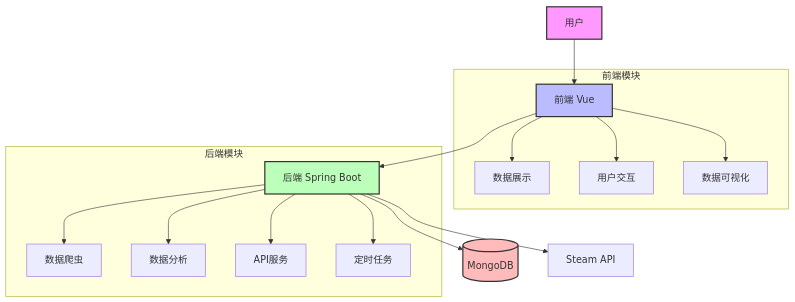
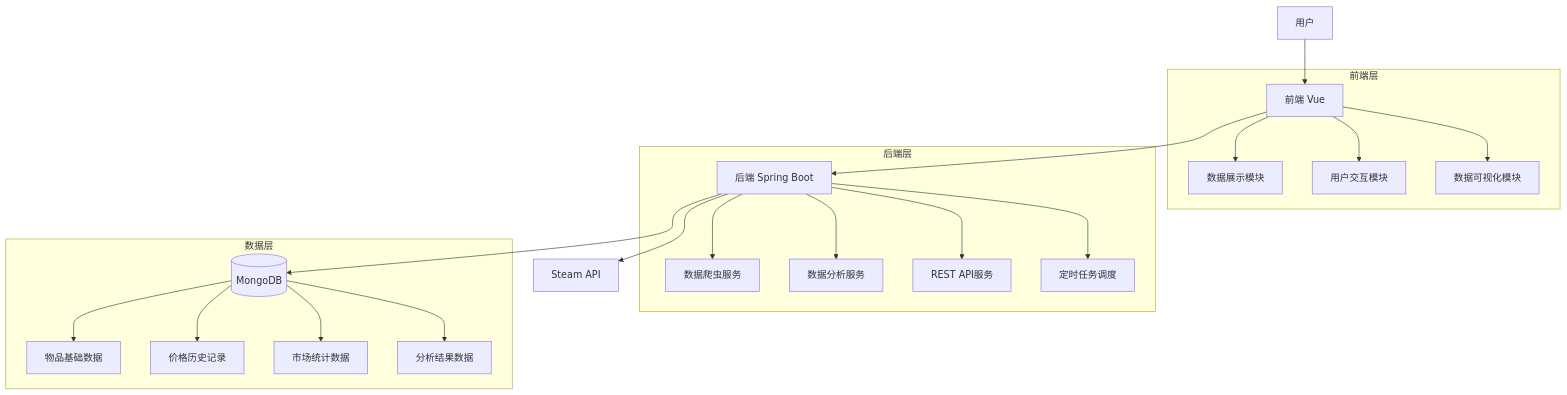
Before and after one commit to DavidHLP/CSGOSkinMetrics: the first of 9 diagrams in README.md, drawn with Mermaid. The commit also changed other lines of this file and 3 other files, not shown here.

````diff
--- a/README.md
+++ b/README.md
@@ -23,25 +41,27 @@
 ```mermaid
 graph TD
     A[用户] --> B[前端 Vue]
     B --> C[后端 Spring Boot]
     C --> D[(MongoDB)]
     C --> E[Steam API]
-    
-    subgraph 前端模块
-    B --> F[数据展示]
-    B --> G[用户交互]
-    B --> H[数据可视化]
+
+    subgraph 前端层
+    B --> F[数据展示模块]
+    B --> G[用户交互模块]
+    B --> H[数据可视化模块]
     end
-    
-    subgraph 后端模块
-    C --> I[数据爬虫]
-    C --> J[数据分析]
-    C --> K[API服务]
-    C --> L[定时任务]
+
+    subgraph 后端层
+    C --> I[数据爬虫服务]
+    C --> J[数据分析服务]
+    C --> K[REST API服务]
+    C --> L[定时任务调度]
     end
-    
-    style A fill:#f9f,stroke:#333,stroke-width:2px
-    style B fill:#bbf,stroke:#333,stroke-width:2px
-    style C fill:#bfb,stroke:#333,stroke-width:2px
-    style D fill:#fbb,stroke:#333,stroke-width:2px
+
+    subgraph 数据层
+    D --> M[物品基础数据]
+    D --> N[价格历史记录]
+    D --> O[市场统计数据]
+    D --> P[分析结果数据]
+    end
 ```
````
